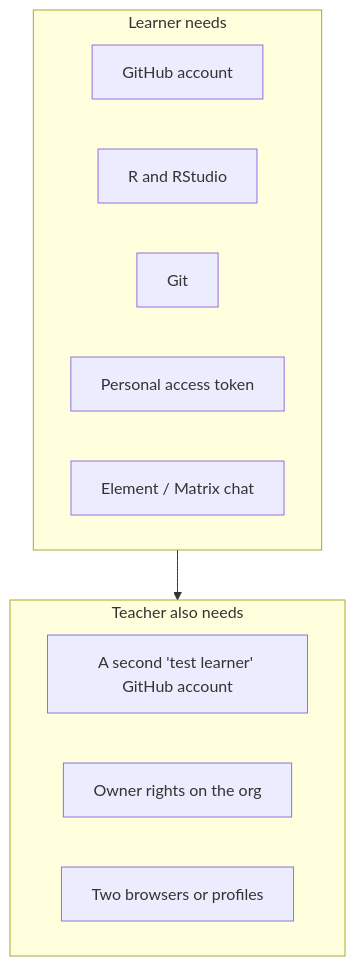
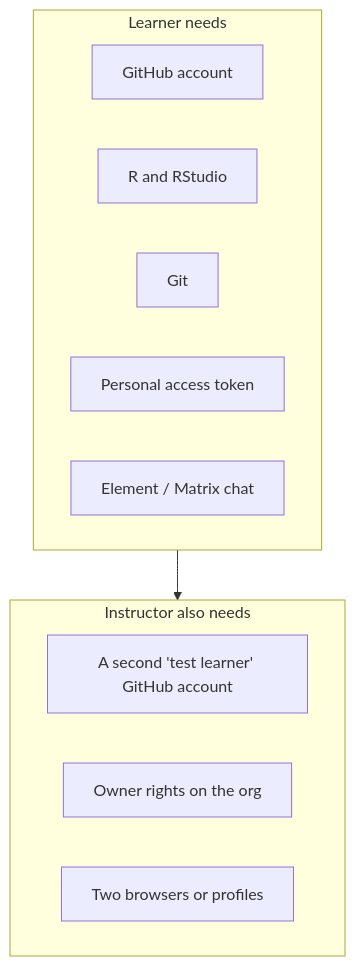
One commit to gitforsci/website changed the diagram in part-prerequisites.qmd. Above: the diagram before and after it, drawn with Mermaid. The commit also changed other lines of this file and 21 other files, not shown here.

````diff
--- a/part-prerequisites.qmd
+++ b/part-prerequisites.qmd
@@ -11,16 +11,16 @@
 ```{mermaid}
 flowchart TD
     subgraph L[Learner needs]
         GH[GitHub account]
         R[R and RStudio]
         G[Git]
         PAT[Personal access token]
         EL[Element / Matrix chat]
     end
-    subgraph T[Teacher also needs]
+    subgraph T[Instructor also needs]
         TL[A second 'test learner' GitHub account]
         OWN[Owner rights on the org]
         TWO[Two browsers or profiles]
     end
     L --> T
 ```
````
